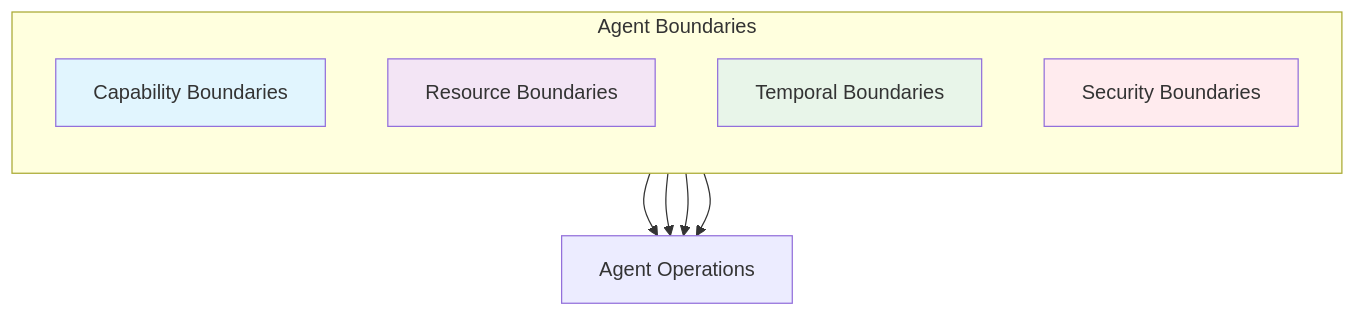
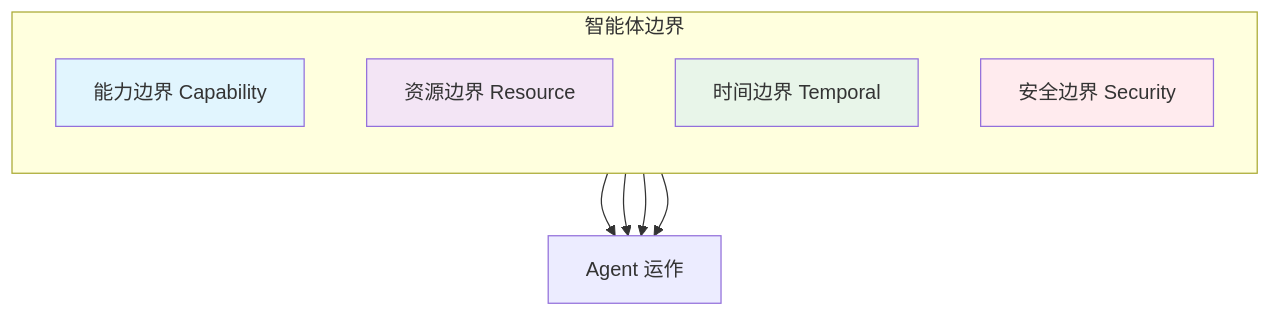
One commit to YiWang24/AiDIY changed the third of 3 diagrams in i18n/zh-Hans/docusaurus-plugin-content-docs/current/ai/harness-engineering/core-concepts.mdx. Above: the diagram before and after it, drawn with Mermaid. The commit also changed other lines of this file and 59 other files, not shown here.

````diff
--- a/i18n/zh-Hans/docusaurus-plugin-content-docs/current/ai/harness-engineering/core-concepts.mdx
+++ b/i18n/zh-Hans/docusaurus-plugin-content-docs/current/ai/harness-engineering/core-concepts.mdx
@@ -581,20 +581,20 @@
 ```mermaid
 flowchart TB
-    subgraph Boundaries["Agent Boundaries"]
+    subgraph Boundaries["智能体边界"]
         direction TB
-        CB[Capability Boundaries]
-        RB[Resource Boundaries]
-        TB[Temporal Boundaries]
-        SB[Security Boundaries]
+        CB[能力边界 Capability]
+        RB[资源边界 Resource]
+        TB[时间边界 Temporal]
+        SB[安全边界 Security]
     end
 
-    CB --> Agent[Agent Operations]
+    CB --> Agent[Agent 运作]
     RB --> Agent
     TB --> Agent
     SB --> Agent
 
     style CB fill:#e1f5fe
     style RB fill:#f3e5f5
     style TB fill:#e8f5e9
     style SB fill:#ffebee
 ```
````
